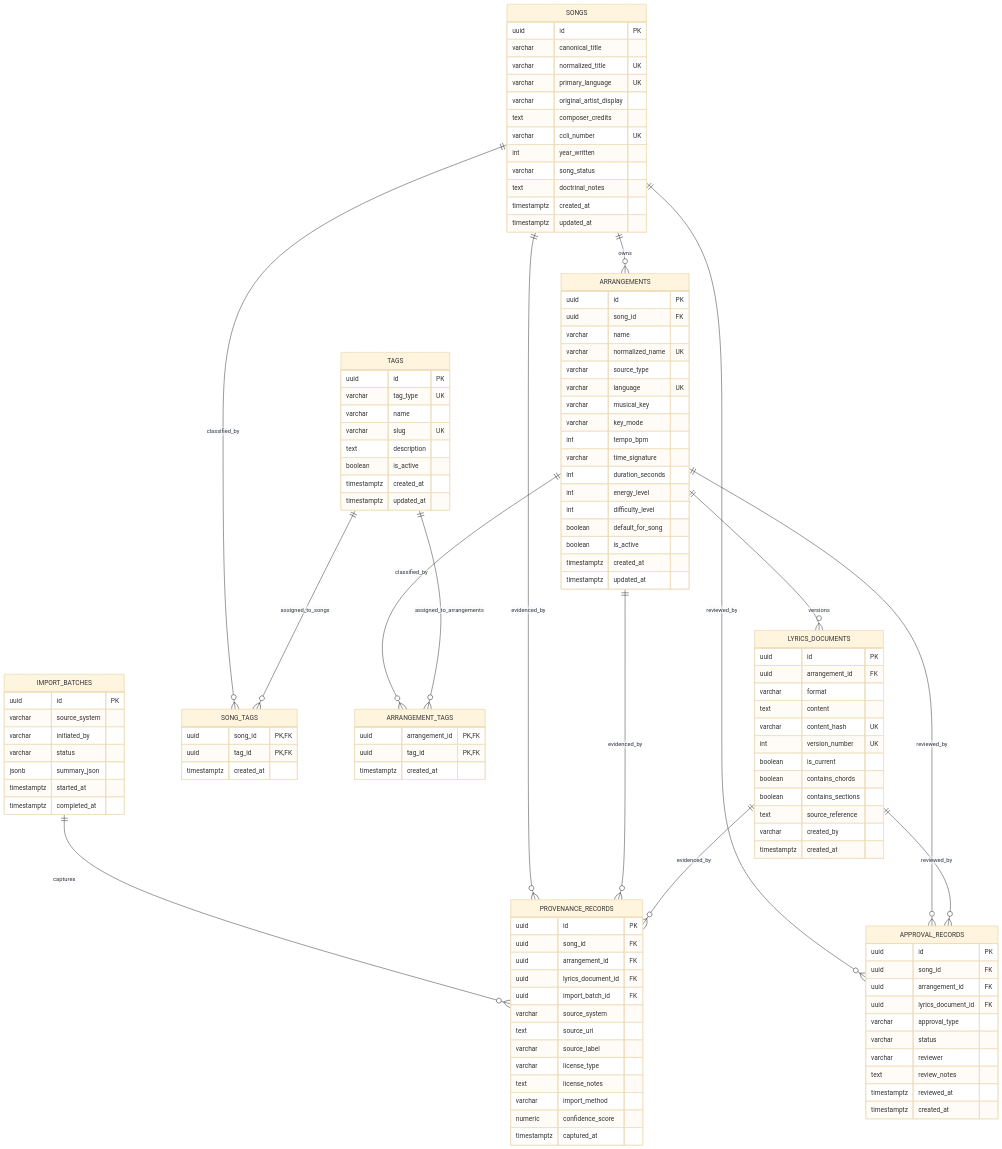
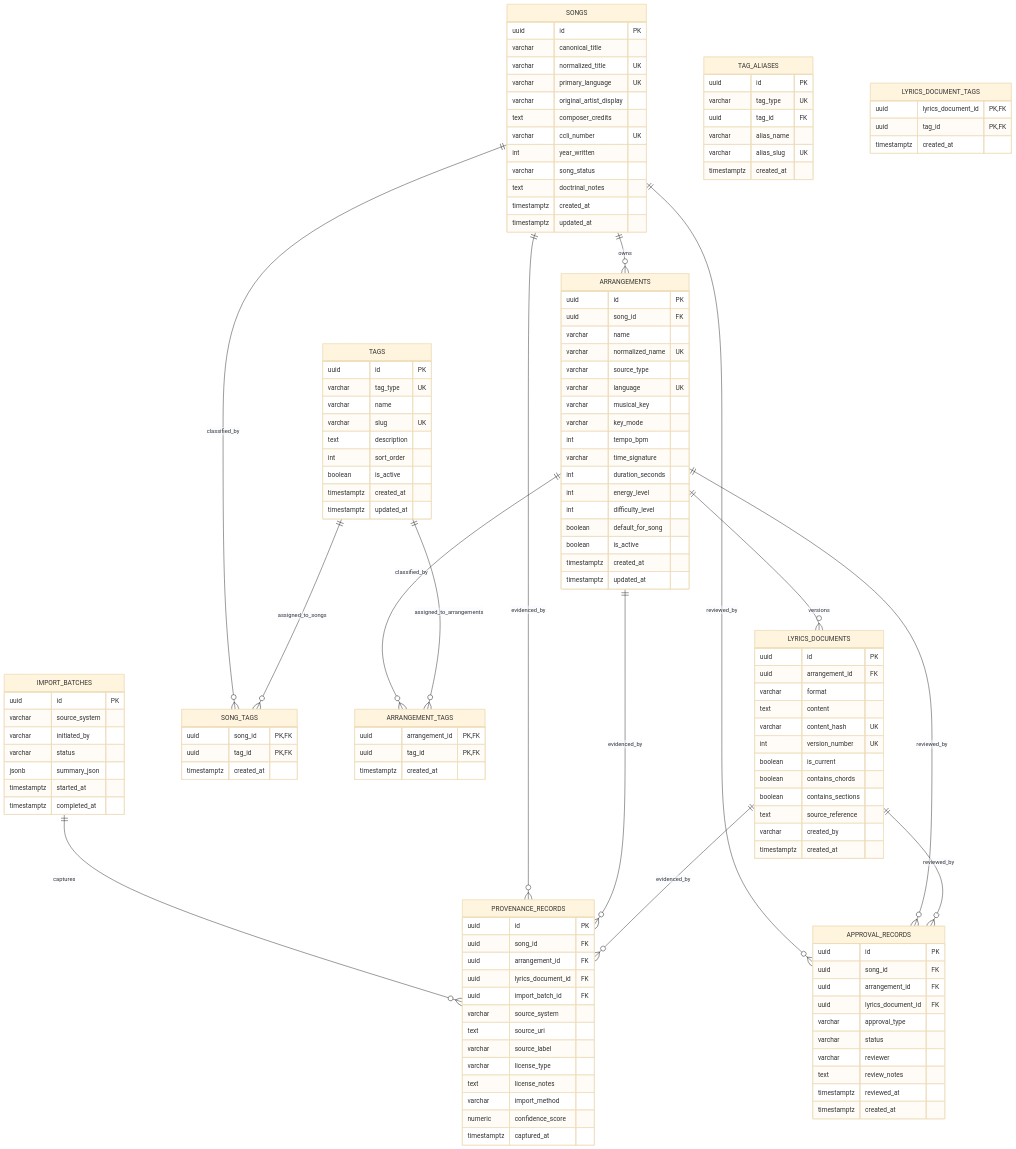
Before and after one commit to homeputers/cadentia: the first of 3 diagrams in docs/diagrams/er-diagrams.md, drawn with Mermaid (base theme). The commit also changed other lines of this file and 15 other files, not shown here.

First line of the commit message:
feat: implement ADR-007 controlled tag taxonomy (schema, aliases, assignments, APIs) (#31)

```diff
--- a/docs/diagrams/er-diagrams.md
+++ b/docs/diagrams/er-diagrams.md
@@ -79,9 +79,19 @@
         varchar name
         varchar slug UK
         text description
+        int sort_order
         boolean is_active
         timestamptz created_at
         timestamptz updated_at
+    }
+
+    TAG_ALIASES {
+        uuid id PK
+        varchar tag_type UK
+        uuid tag_id FK
+        varchar alias_name
+        varchar alias_slug UK
+        timestamptz created_at
     }
 
     SONG_TAGS {
@@ -92,6 +102,12 @@
 
     ARRANGEMENT_TAGS {
         uuid arrangement_id PK,FK
+        uuid tag_id PK,FK
+        timestamptz created_at
+    }
+
+    LYRICS_DOCUMENT_TAGS {
+        uuid lyrics_document_id PK,FK
         uuid tag_id PK,FK
         timestamptz created_at
     }
```
